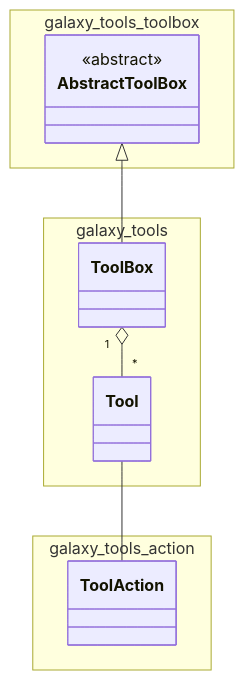
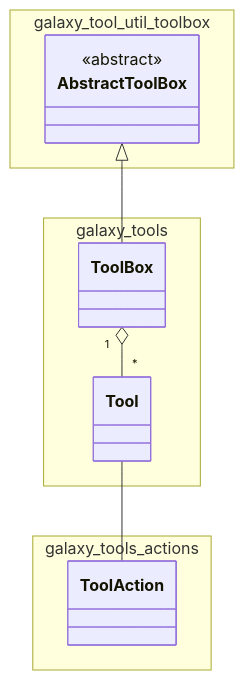
One commit to jmchilton/galaxy-architecture changed the diagram in images/core_toolbox_classes.mmd. Above: the diagram before and after it, drawn with Mermaid. The commit also changed 3 other files, not shown here.

First line of the commit message:
Fix stale Galaxy refs in 4 diagrams

```diff
--- a/images/core_toolbox_classes.mmd
+++ b/images/core_toolbox_classes.mmd
@@ -1,16 +1,16 @@
 classDiagram
-    namespace galaxy_tools_toolbox {
+    namespace galaxy_tool_util_toolbox {
         class AbstractToolBox {
             <<abstract>>
         }
     }
     namespace galaxy_tools {
         class ToolBox
         class Tool
     }
-    namespace galaxy_tools_action {
+    namespace galaxy_tools_actions {
         class ToolAction
     }
     AbstractToolBox <|-- ToolBox
     ToolBox "1" o-- "*" Tool
     Tool -- ToolAction
```
